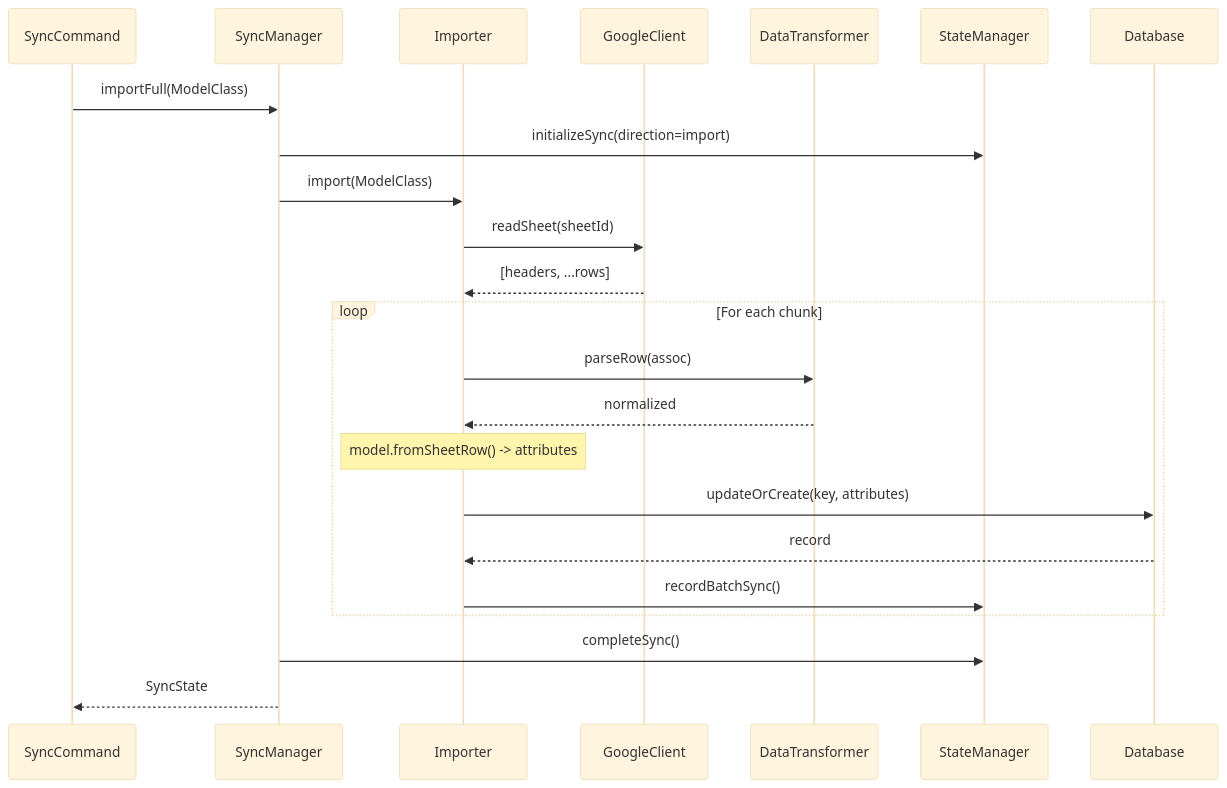
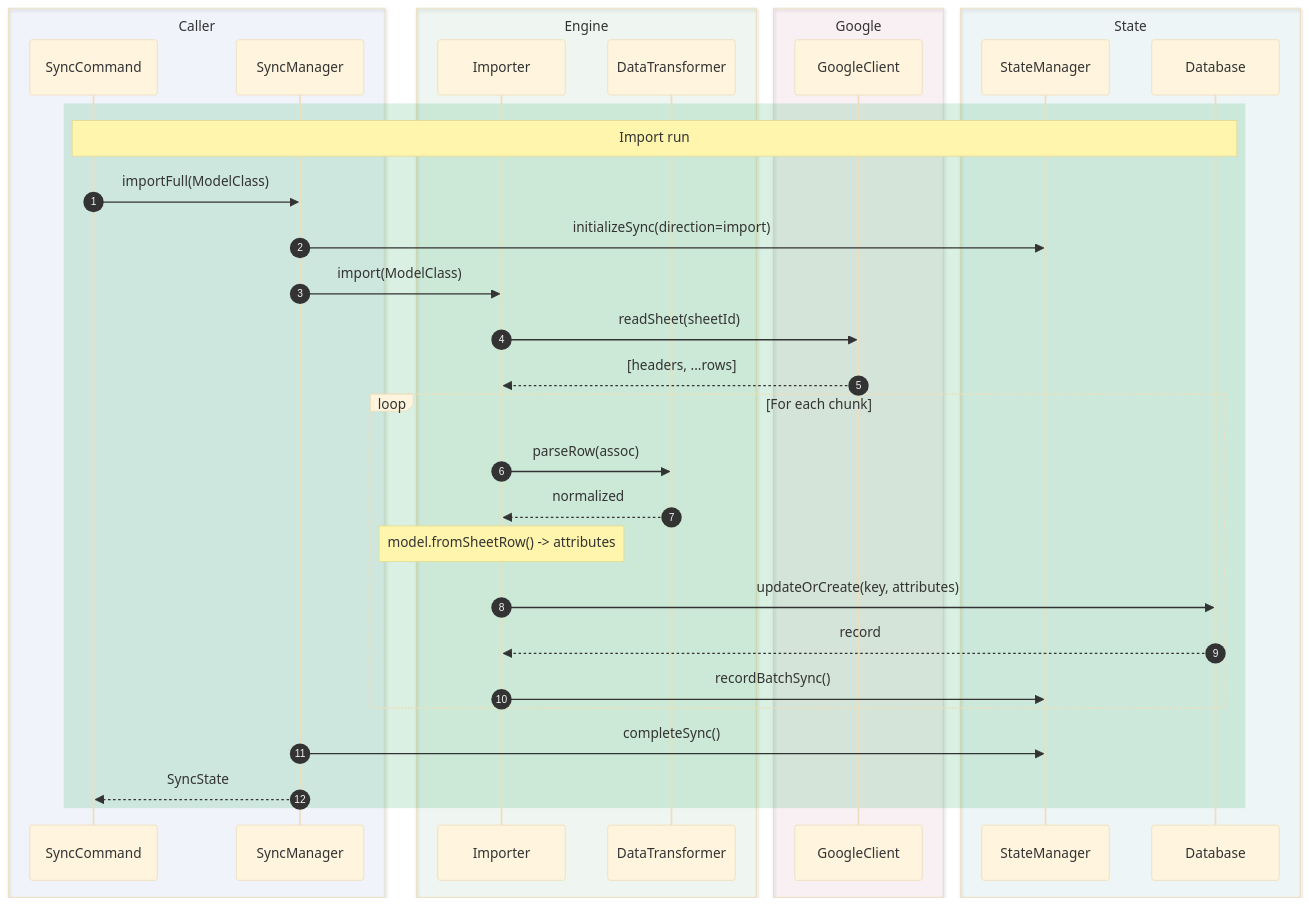
Before and after one commit to ultra-bugs/syncro-sheet: the third of 4 diagrams in docs/COMPONENTS_OVERVIEW.md, drawn with Mermaid (base theme). The commit also changed other lines of this file and 1 other file, not shown here.

First line of the commit message:
Docs: standardize README + component overview (GFM + Mermaid)

````diff
--- a/docs/COMPONENTS_OVERVIEW.md
+++ b/docs/COMPONENTS_OVERVIEW.md
@@ -285,28 +382,38 @@
 ```mermaid
 sequenceDiagram
-    participant Command as SyncCommand
-    participant Manager as SyncManager
-    participant Processor as Importer
-    participant Client as GoogleClient
-    participant Transformer as DataTransformer
-    participant State as StateManager
-    participant DB as Database
-
-    Command->>Manager: importFull(ModelClass)
-    Manager->>State: initializeSync(direction=import)
-    Manager->>Processor: import(ModelClass)
-    Processor->>Client: readSheet(sheetId)
-    Client-->>Processor: [headers, ...rows]
-
-    loop For each chunk
-        Processor->>Transformer: parseRow(assoc)
-        Transformer-->>Processor: normalized
-        Note over Processor: model.fromSheetRow() -> attributes
-        Processor->>DB: updateOrCreate(key, attributes)
-        DB-->>Processor: record
-        Processor->>State: recordBatchSync()
+    autonumber
+    box rgba(37,99,235,0.05) Caller
+        participant Command as SyncCommand
+        participant Manager as SyncManager
+    end
+    box rgba(22,163,74,0.05) Engine
+        participant Processor as Importer
+        participant Transformer as DataTransformer
+    end
+    box rgba(219,39,119,0.05) Google
+        participant Client as GoogleClient
+    end
+    box rgba(8,145,178,0.05) State
+        participant State as StateManager
+        participant DB as Database
     end
 
-    Manager->>State: completeSync()
-    Manager-->>Command: SyncState
+    rect rgba(22,163,74,0.16)
+        Note over Command,DB: Import run
+        Command->>Manager: importFull(ModelClass)
+        Manager->>State: initializeSync(direction=import)
+        Manager->>Processor: import(ModelClass)
+        Processor->>Client: readSheet(sheetId)
+        Client-->>Processor: [headers, ...rows]
+        loop For each chunk
+            Processor->>Transformer: parseRow(assoc)
+            Transformer-->>Processor: normalized
+            Note over Processor: model.fromSheetRow() -> attributes
+            Processor->>DB: updateOrCreate(key, attributes)
+            DB-->>Processor: record
+            Processor->>State: recordBatchSync()
+        end
+        Manager->>State: completeSync()
+        Manager-->>Command: SyncState
+    end
 ```
````
